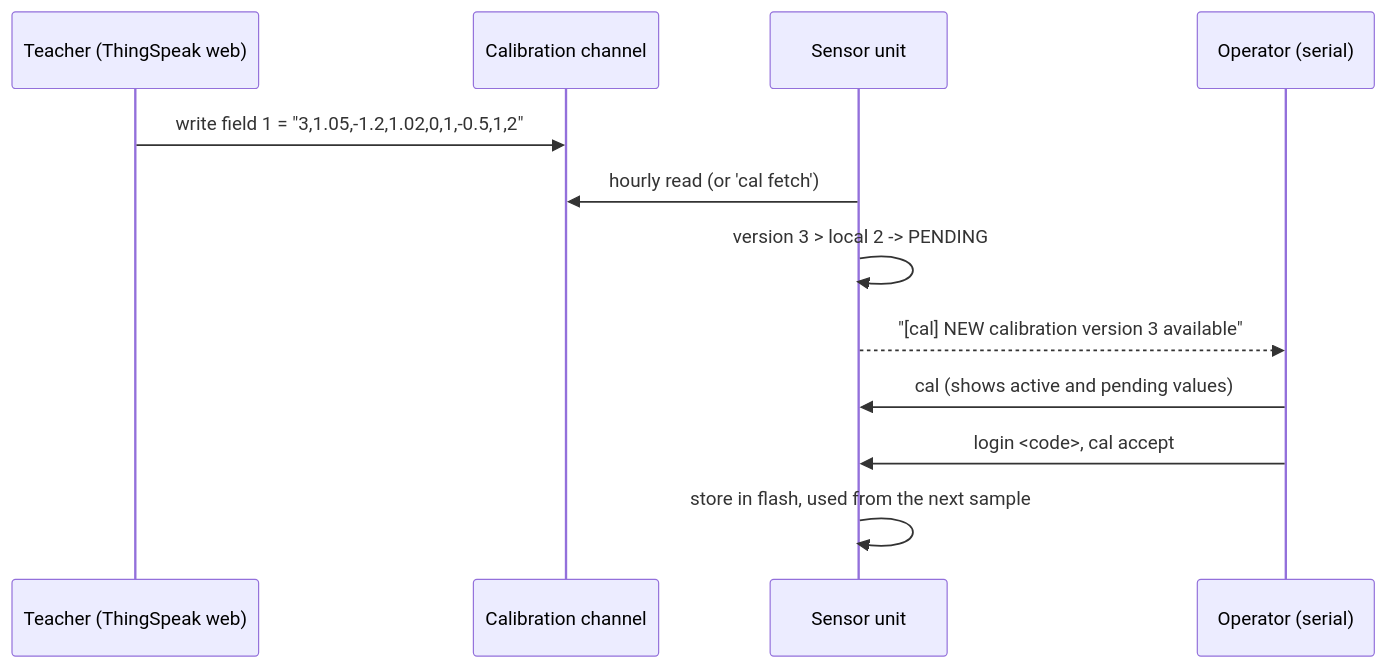
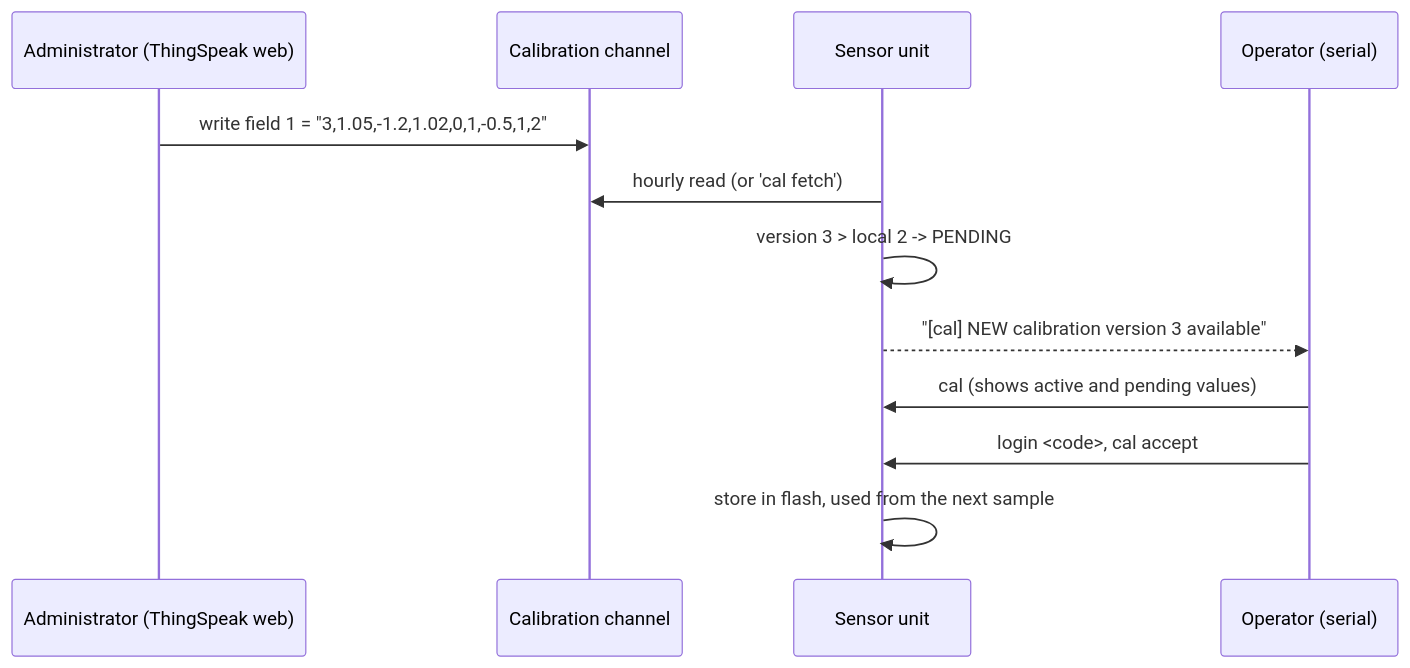
One commit to FPetkovski127/PMS_FreeRTOS changed diagram 12 of 12 in CODE_EXPLAINED.md. Above: the diagram before and after it, drawn with Mermaid. The commit also changed other lines of this file, not shown here.

````diff
--- a/CODE_EXPLAINED.md
+++ b/CODE_EXPLAINED.md
@@ -440,14 +452,14 @@
 ```mermaid
 sequenceDiagram
-  participant T as Teacher (ThingSpeak web)
+  participant T as Administrator (ThingSpeak web)
   participant CH as Calibration channel
   participant U as Sensor unit
   participant O as Operator (serial)
   T->>CH: write field 1 = "3,1.05,-1.2,1.02,0,1,-0.5,1,2"
   U->>CH: hourly read (or 'cal fetch')
   U->>U: version 3 > local 2 -> PENDING
   U-->>O: "[cal] NEW calibration version 3 available"
   O->>U: cal   (shows active and pending values)
   O->>U: login <code>, cal accept
   U->>U: store in flash, used from the next sample
 ```
````
